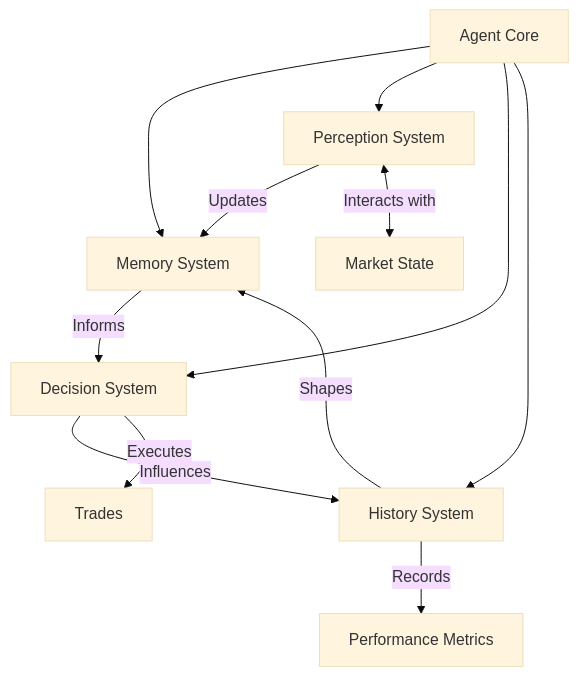
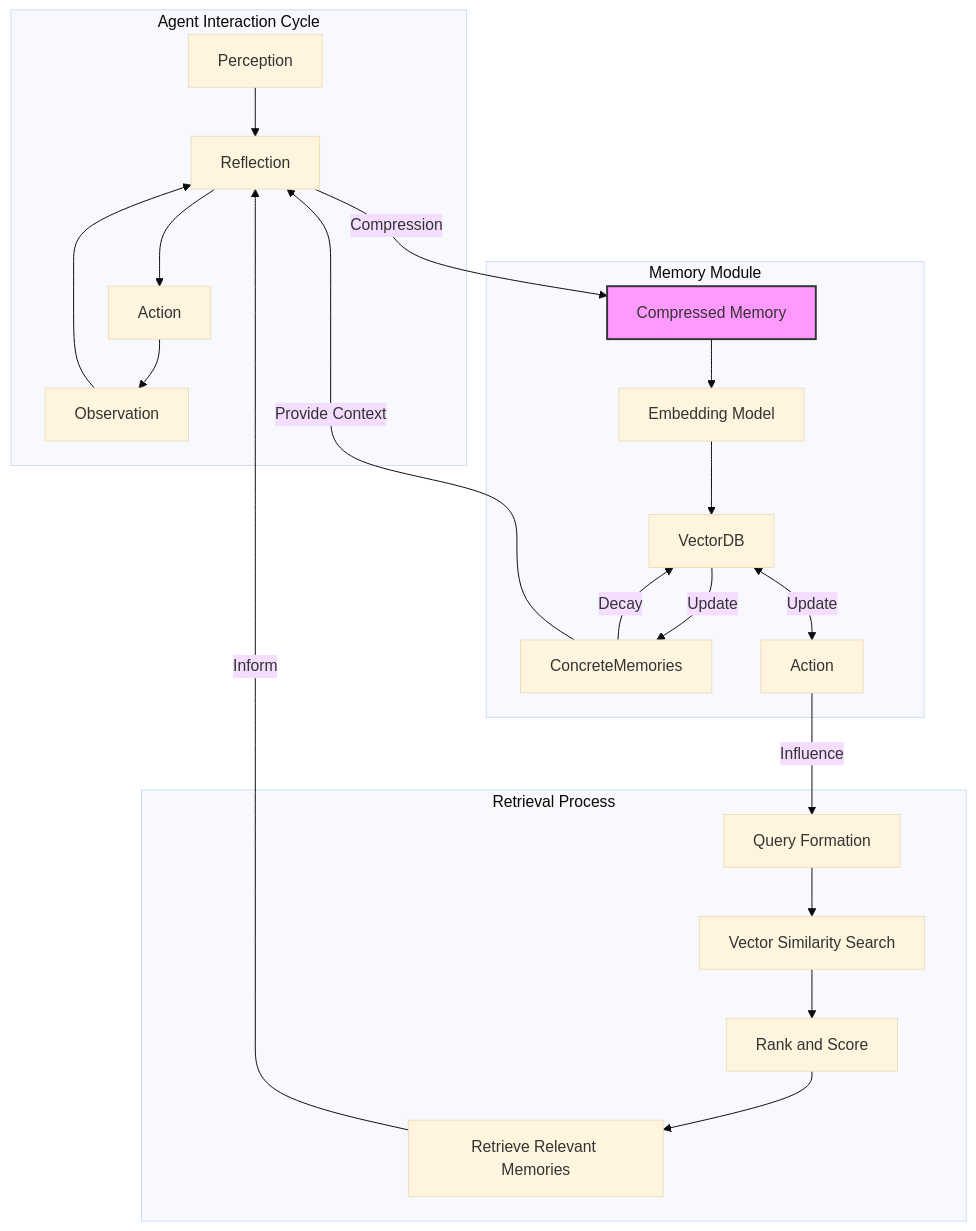
One commit to blackcatkai7040306/MarketAgents changed the diagram in market_agents/agents/memory/memory.md. Above: the diagram before and after it, drawn with Mermaid (base theme). The commit also changed other lines of this file, not shown here.

First line of the commit message:
🧠 New Module Design Doc

````diff
--- a/market_agents/agents/memory/memory.md
+++ b/market_agents/agents/memory/memory.md
@@ -108,23 +126,28 @@
 ```mermaid
 graph TD
-    A[Agent Core]
+    subgraph "Agent Interaction Cycle"
+        A[Perception] --> D[Reflection]
+        D --> B[Action]
+        B --> C[Observation]
+        C --> D
+    end
+    subgraph "Memory Module"
+        D -->|Compression| E[Compressed Memory]
+        E --> F[Embedding Model]
+        F --> G[VectorDB]
+        G -->|Update| H[ConcreteMemories]
+        H -->|Decay| G
+        G <-->|Update| I[Action]
+    end
+    subgraph "Retrieval Process"
+        J[Query Formation] --> K[Vector Similarity Search]
+        K --> L[Rank and Score]
+        L --> M[Retrieve Relevant Memories]
+    end
+    I -->|Influence| J
+    M -->|Inform| D
+    H -->|Provide Context| D
     
-    M[Memory System]
-    P[Perception System]
-    D[Decision System]
-    H[History System]
-    
-    A --> M
-    A --> P
-    A --> D
-    A --> H
-    
-    M --> |Informs| D
-    P --> |Updates| M
-    D --> |Influences| H
-    H --> |Shapes| M
-    
-    P <--> |Interacts with| MS[Market State]
-    D --> |Executes| T[Trades]
-    H --> |Records| PM[Performance Metrics]
+    classDef compression fill:#f9f,stroke:#333,stroke-width:2px;
+    class E compression;
 ```
````
